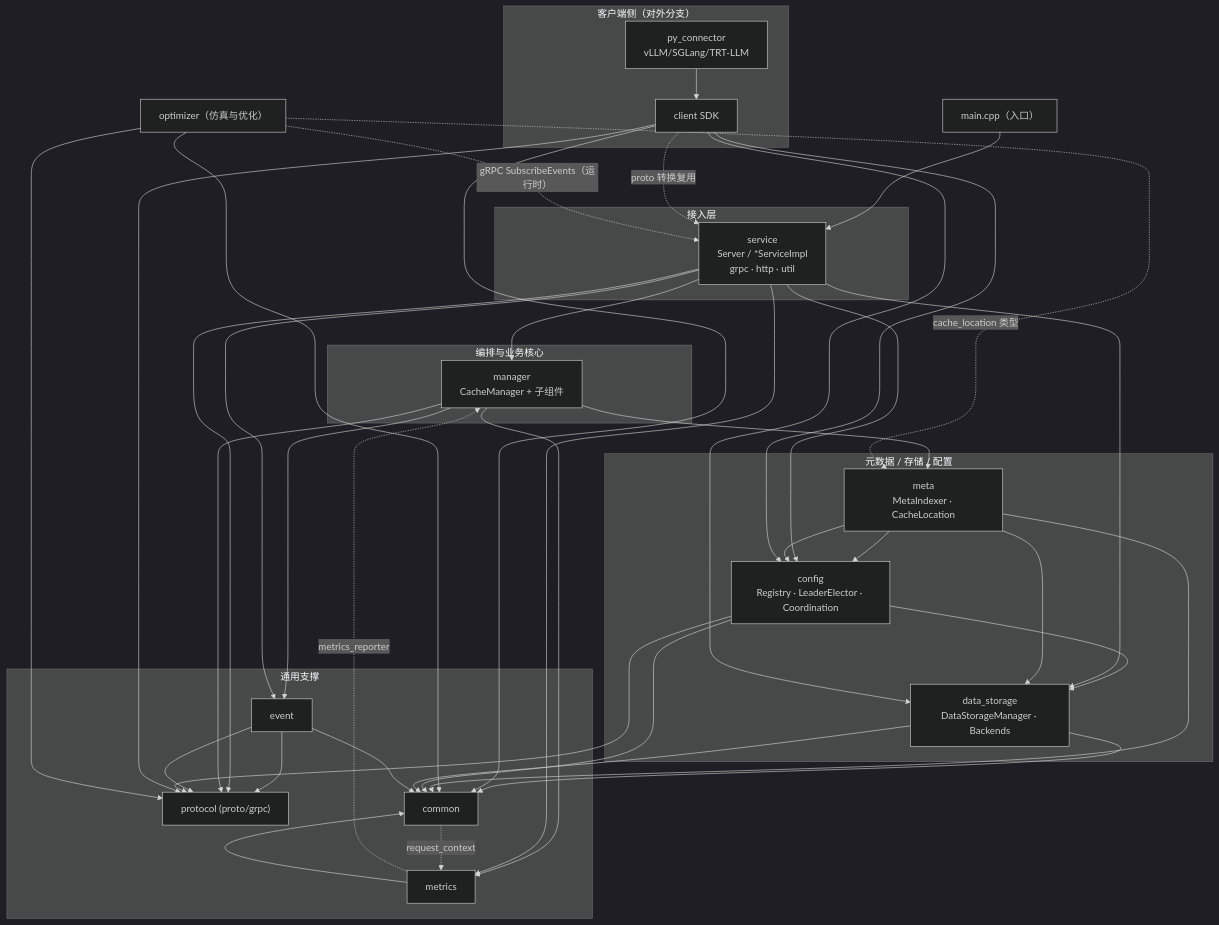
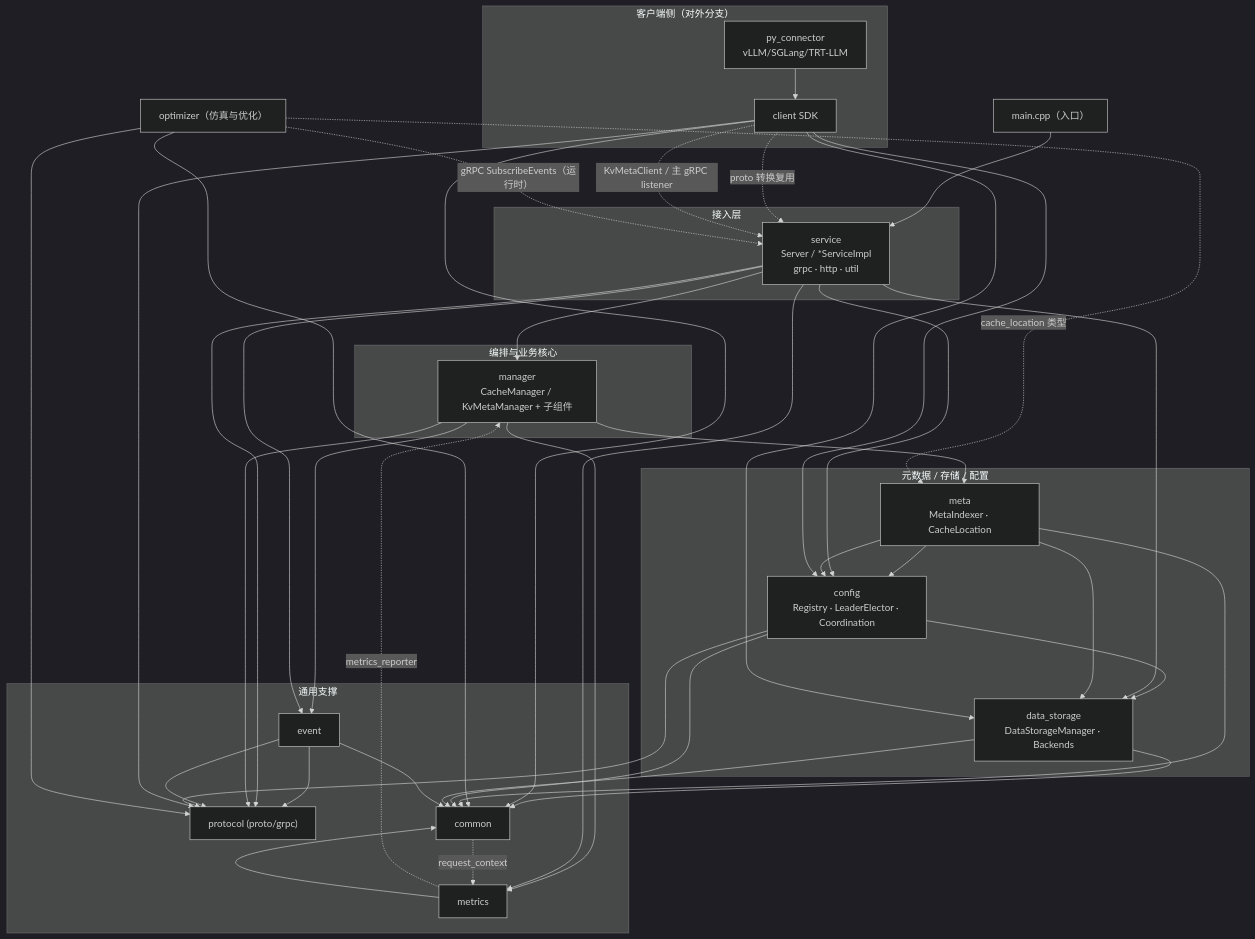
The first of 3 diagrams in docs/design/module_architecture.md (alibaba/tair-kvcache), drawn with Mermaid (dark theme) before and after one commit. The commit also changed other lines of this file and 86 other files, not shown here.

Commit message:
[kvmeta] add EMB object cache service

````diff
--- a/docs/design/module_architecture.md
+++ b/docs/design/module_architecture.md
@@ -104,75 +106,76 @@
 ```mermaid
 flowchart TD
     main["main.cpp（入口）"]
 
     subgraph access["接入层"]
         service["service<br/>Server / *ServiceImpl<br/>grpc · http · util"]
     end
 
     subgraph core["编排与业务核心"]
-        manager["manager<br/>CacheManager + 子组件"]
+        manager["manager<br/>CacheManager / KvMetaManager + 子组件"]
     end
 
     subgraph dataplane["元数据 / 存储 / 配置"]
         meta["meta<br/>MetaIndexer · CacheLocation"]
         config["config<br/>Registry · LeaderElector · Coordination"]
         data_storage["data_storage<br/>DataStorageManager · Backends"]
     end
 
     subgraph crosscut["通用支撑"]
         metrics["metrics"]
         event["event"]
         protocol["protocol (proto/grpc)"]
         common["common"]
     end
 
     subgraph clientside["客户端侧（对外分支）"]
         client["client SDK"]
         py_connector["py_connector<br/>vLLM/SGLang/TRT-LLM"]
     end
 
     optimizer["optimizer（仿真与优化）"]
 
     %% 核心下降链（控制流）
     main --> service --> manager --> meta --> config --> data_storage --> common
 
     %% 通用支撑依赖
     manager --> event
     event --> protocol
     manager --> metrics
     service --> metrics
     service --> event
     service --> config
     service --> data_storage
     service --> protocol
     manager --> protocol
     event --> protocol
     config --> protocol
     meta --> config
     meta --> data_storage
 
     %% 有意的反向边（近似环，见 3.2）
     common -. request_context .-> metrics
     metrics -. metrics_reporter .-> manager
 
     %% 客户端分支
     py_connector --> client
     client --> config
     client --> data_storage
     client --> protocol
     client --> common
     client -. proto 转换复用 .-> service
+    client -. KvMetaClient / 主 gRPC listener .-> service
 
     %% optimizer 的关联
     optimizer -. cache_location 类型 .-> meta
     optimizer --> common
     optimizer --> protocol
     optimizer -. gRPC SubscribeEvents（运行时） .-> service
 
     %% 底层通用模块被广泛依赖
     meta --> common
     config --> common
     data_storage --> common
     metrics --> common
     event --> common
 ```
````
